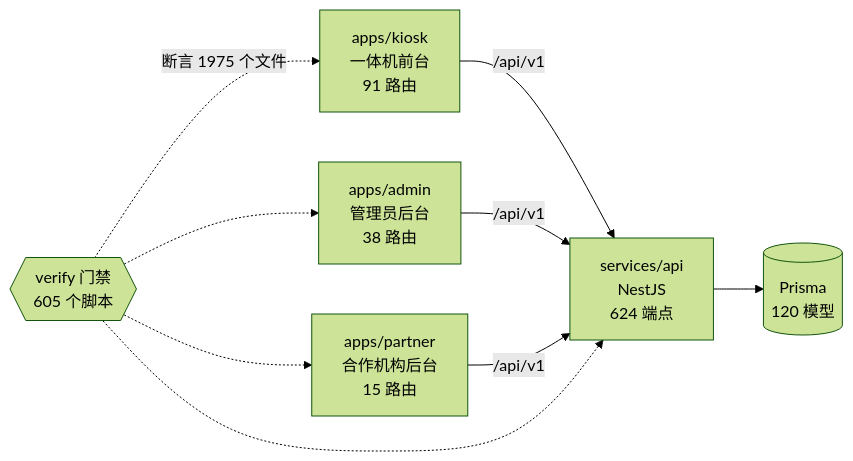
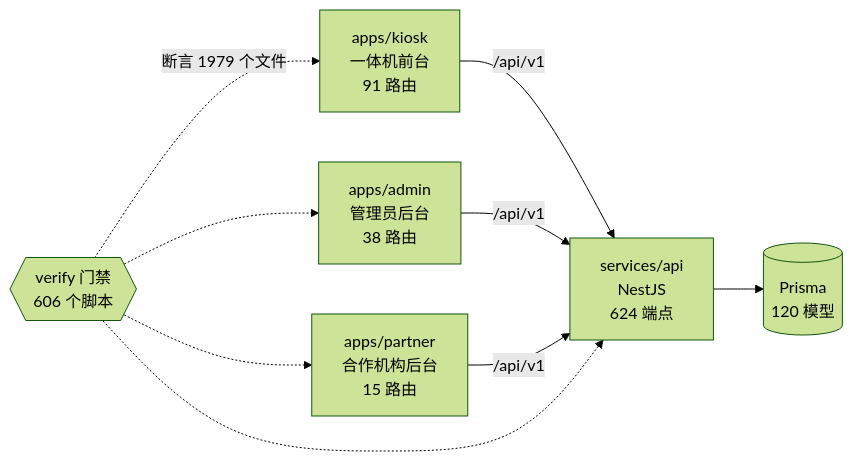
The diagram in docs/graph/README.md (wanglei581/YITIJI), drawn with Mermaid (forest theme) before and after one commit. The commit also changed other lines of this file and 1 other file, not shown here.

Commit message:
docs(graph): 并入一体机授权配合后重出图谱

````diff
--- a/docs/graph/README.md
+++ b/docs/graph/README.md
@@ -68,18 +68,18 @@
 ```mermaid
 flowchart LR
   kiosk["apps/kiosk<br/>一体机前台<br/>91 路由"]
   admin["apps/admin<br/>管理员后台<br/>38 路由"]
   partner["apps/partner<br/>合作机构后台<br/>15 路由"]
   api["services/api<br/>NestJS<br/>624 端点"]
   db[("Prisma<br/>120 模型")]
-  gates{{"verify 门禁<br/>605 个脚本"}}
+  gates{{"verify 门禁<br/>606 个脚本"}}
 
   kiosk -->|"/api/v1"| api
   admin -->|"/api/v1"| api
   partner -->|"/api/v1"| api
   api --> db
-  gates -.->|"断言 1975 个文件"| kiosk
+  gates -.->|"断言 1979 个文件"| kiosk
   gates -.-> admin
   gates -.-> partner
   gates -.-> api
 ```
````
